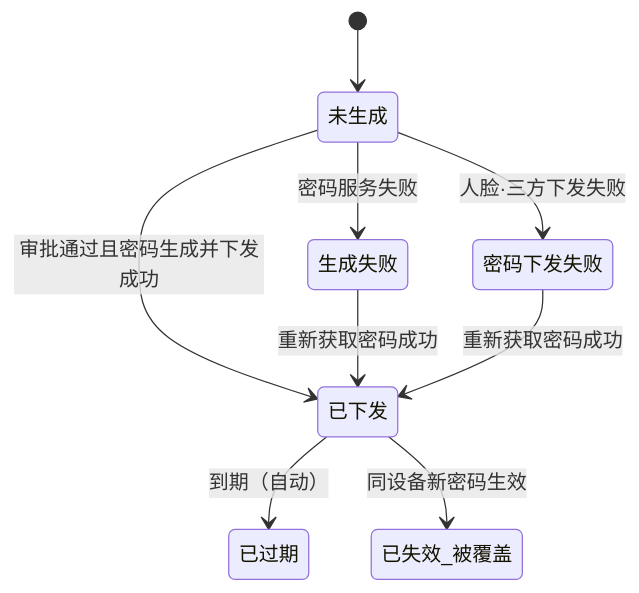
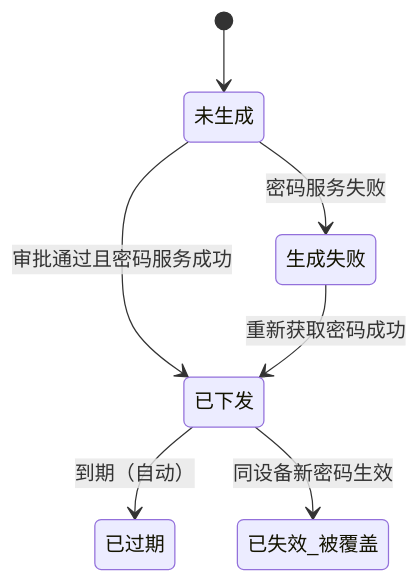
Before and after one commit to RobertHuang999/SYZC: the third of 3 diagrams in 02-PRD文档/B-迭代需求/6.2版本（2026.08）/07-审批中心/03-业务审批/04-我的申请管理/04-开锁审批/开锁申请业务规则规格.md, drawn with Mermaid. The commit also changed other lines of this file and 39 other files, not shown here.

````diff
--- a/02-PRD文档/B-迭代需求/6.2版本（2026.08）/07-审批中心/03-业务审批/04-我的申请管理/04-开锁审批/开锁申请业务规则规格.md
+++ b/02-PRD文档/B-迭代需求/6.2版本（2026.08）/07-审批中心/03-业务审批/04-我的申请管理/04-开锁审批/开锁申请业务规则规格.md
@@ -225,11 +224,9 @@
 ```mermaid
 stateDiagram-v2
     [*] --> 未生成
-    未生成 --> 已下发 : 审批通过且密码生成并下发成功
+    未生成 --> 已下发 : 审批通过且密码服务成功
     未生成 --> 生成失败 : 密码服务失败
-    未生成 --> 密码下发失败 : 人脸·三方下发失败
     生成失败 --> 已下发 : 重新获取密码成功
-    密码下发失败 --> 已下发 : 重新获取密码成功
     已下发 --> 已过期 : 到期（自动）
     已下发 --> 已失效_被覆盖 : 同设备新密码生效
 ```
````
